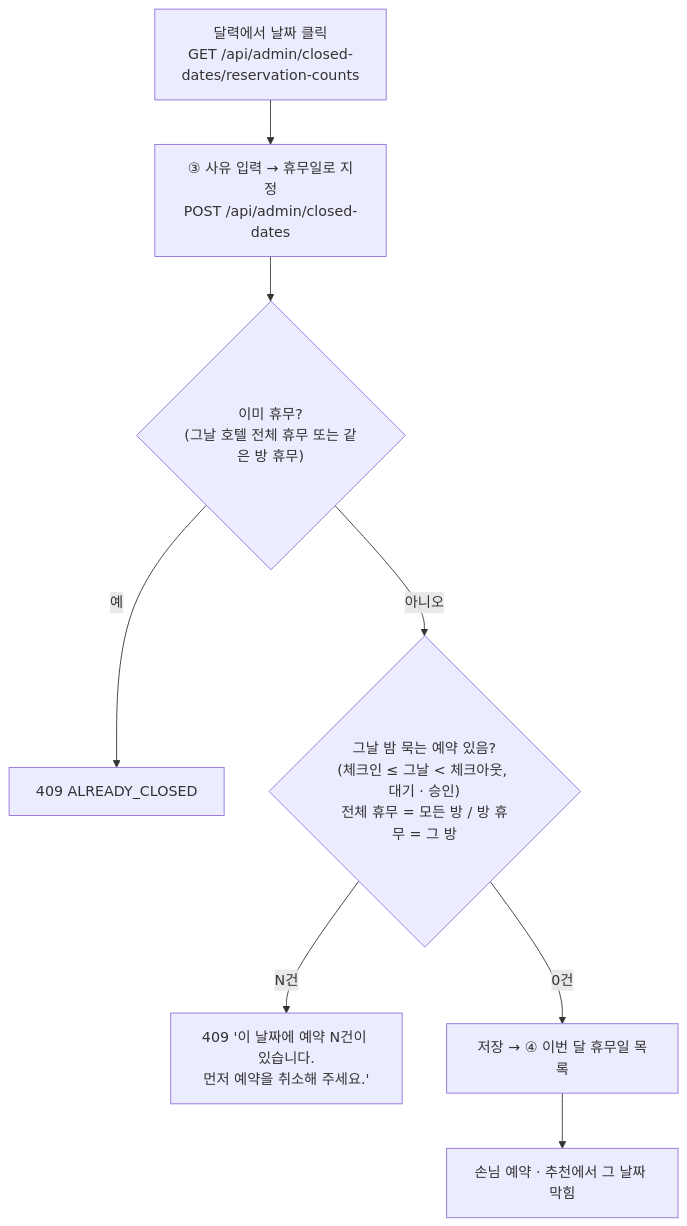
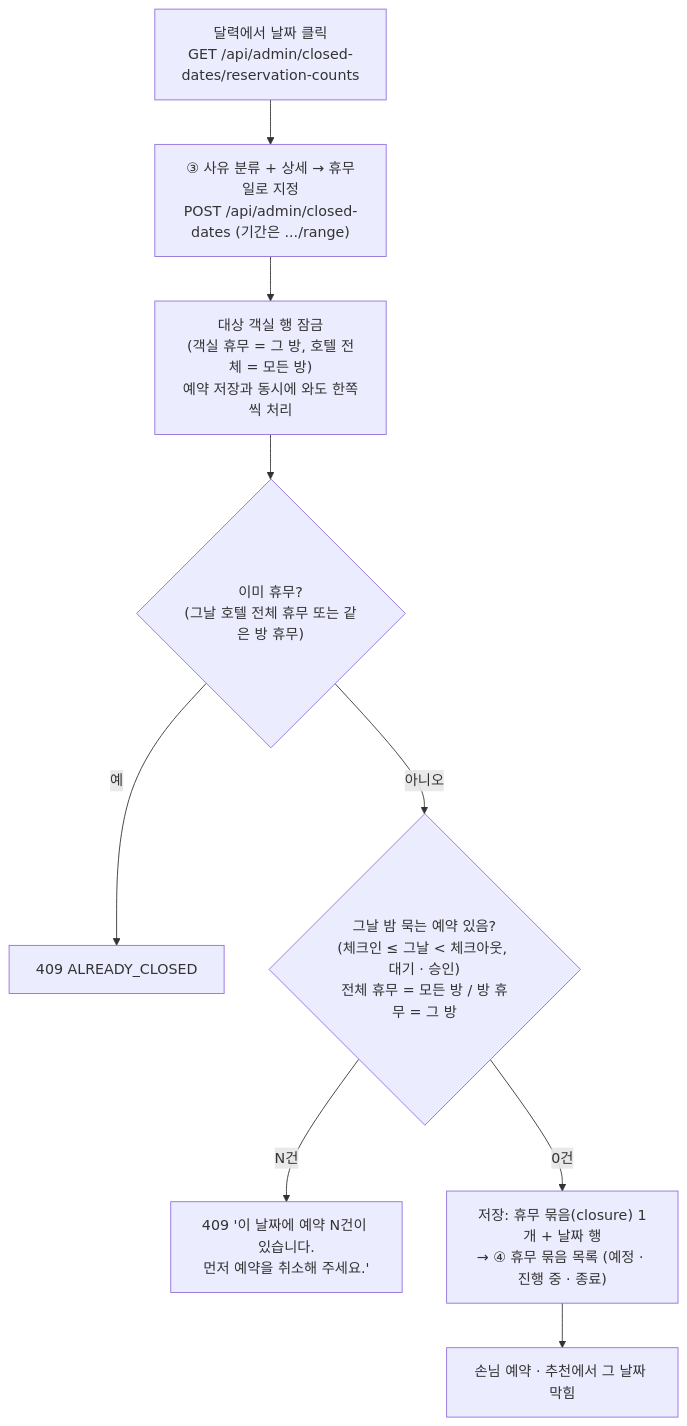
The fifth of 6 diagrams in docs/ARCHITECTURE.md (hotel-sol/Hotel-reservation), drawn with Mermaid before and after one commit. The commit also changed other lines of this file and 20 other files, not shown here.

````diff
--- a/docs/ARCHITECTURE.md
+++ b/docs/ARCHITECTURE.md
@@ -146,10 +193,11 @@
 ```mermaid
 flowchart TD
-    A["달력에서 날짜 클릭<br/>GET /api/admin/closed-dates/reservation-counts"] --> B["③ 사유 입력 → 휴무일로 지정<br/>POST /api/admin/closed-dates"]
-    B --> D{"이미 휴무?<br/>(그날 호텔 전체 휴무 또는 같은 방 휴무)"}
+    A["달력에서 날짜 클릭<br/>GET /api/admin/closed-dates/reservation-counts"] --> B["③ 사유 분류 + 상세 → 휴무일로 지정<br/>POST /api/admin/closed-dates (기간은 .../range)"]
+    B --> LK["대상 객실 행 잠금<br/>(객실 휴무 = 그 방, 호텔 전체 = 모든 방)<br/>예약 저장과 동시에 와도 한쪽씩 처리"]
+    LK --> D{"이미 휴무?<br/>(그날 호텔 전체 휴무 또는 같은 방 휴무)"}
     D -- "예" --> E2["409 ALREADY_CLOSED"]
     D -- "아니오" --> F{"그날 밤 묵는 예약 있음?<br/>(체크인 ≤ 그날 < 체크아웃, 대기 · 승인)<br/>전체 휴무 = 모든 방 / 방 휴무 = 그 방"}
     F -- "N건" --> E3["409 '이 날짜에 예약 N건이 있습니다.<br/>먼저 예약을 취소해 주세요.'"]
-    F -- "0건" --> G["저장 → ④ 이번 달 휴무일 목록"]
+    F -- "0건" --> G["저장: 휴무 묶음(closure) 1개 + 날짜 행<br/>→ ④ 휴무 묶음 목록 (예정 · 진행 중 · 종료)"]
     G --> H["손님 예약 · 추천에서 그 날짜 막힘"]
 ```
````
